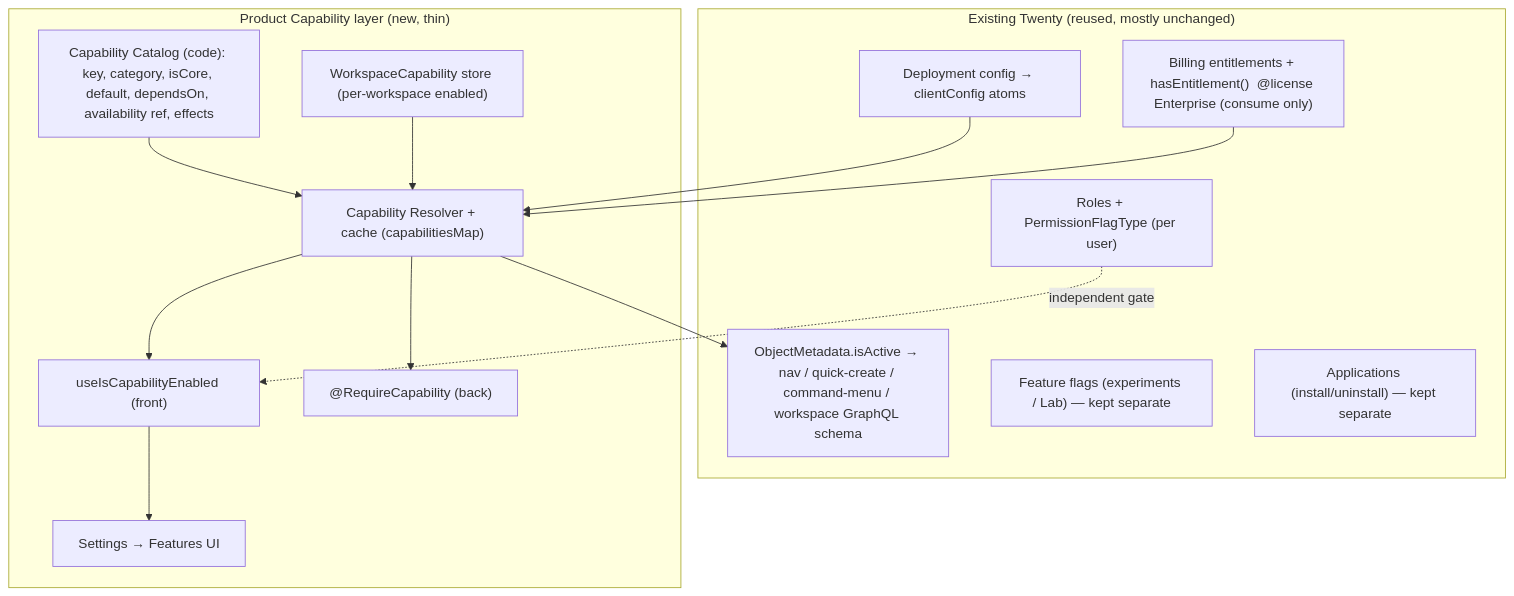
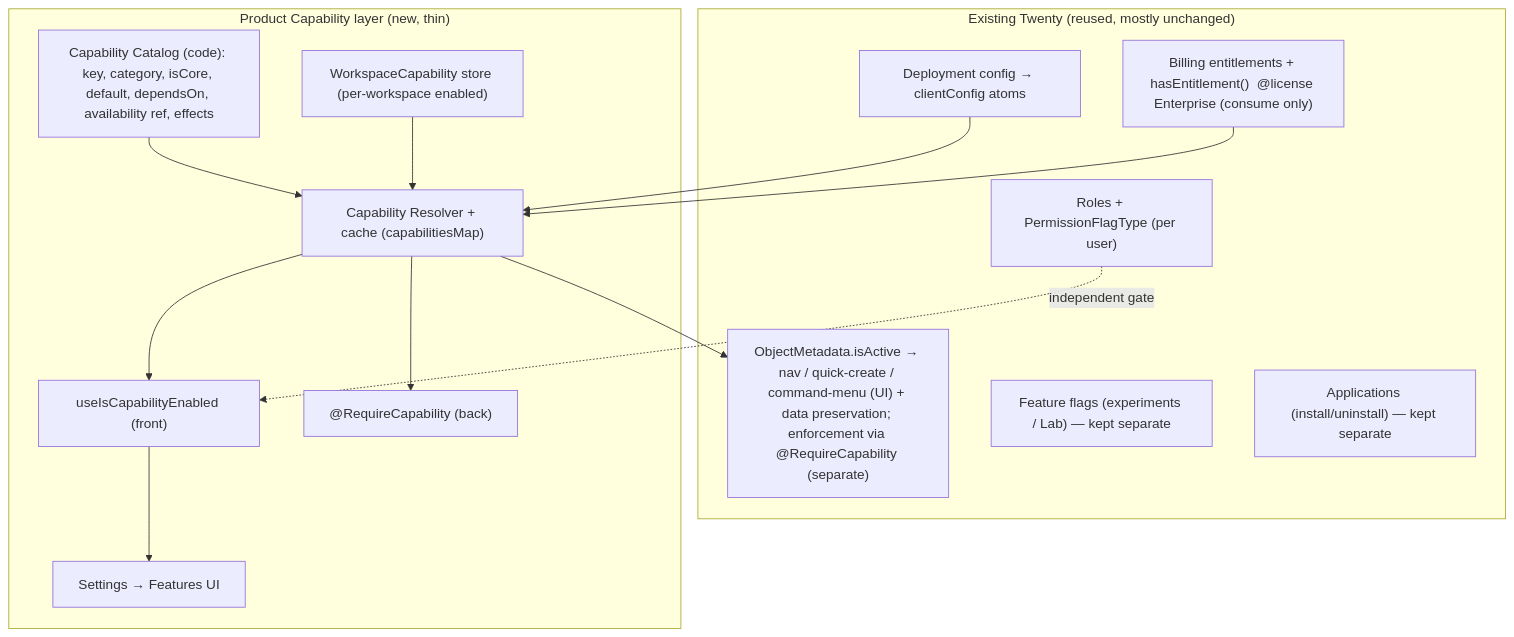
One commit to melon-1999/twenty changed the diagram in docs/modular-crm/02-ARCHITECTURE.md. Above: the diagram before and after it, drawn with Mermaid. The commit also changed other lines of this file and 8 other files, not shown here.

First line of the commit message:
docs(modular-crm): correct enforcement model after isActive go/no-go

````diff
--- a/docs/modular-crm/02-ARCHITECTURE.md
+++ b/docs/modular-crm/02-ARCHITECTURE.md
@@ -9,30 +9,30 @@
 ```mermaid
 flowchart TB
   subgraph Existing["Existing Twenty (reused, mostly unchanged)"]
     BILL["Billing entitlements + hasEntitlement()  @license Enterprise (consume only)"]
     CFG["Deployment config → clientConfig atoms"]
-    OBJ["ObjectMetadata.isActive → nav / quick-create / command-menu / workspace GraphQL schema"]
+    OBJ["ObjectMetadata.isActive → nav / quick-create / command-menu (UI) + data preservation; enforcement via @RequireCapability (separate)"]
     PERM["Roles + PermissionFlagType (per user)"]
     FF["Feature flags (experiments / Lab) — kept separate"]
     APP["Applications (install/uninstall) — kept separate"]
   end
 
   subgraph New["Product Capability layer (new, thin)"]
     CAT["Capability Catalog (code): key, category, isCore, default, dependsOn, availability ref, effects"]
     STORE["WorkspaceCapability store (per-workspace enabled)"]
     RES["Capability Resolver + cache (capabilitiesMap)"]
     HOOK["useIsCapabilityEnabled (front)"]
     GUARD["@RequireCapability (back)"]
     UI["Settings → Features UI"]
   end
 
   CFG --> RES
   BILL --> RES
   CAT --> RES
   STORE --> RES
   RES --> OBJ
   RES --> GUARD
   RES --> HOOK
   HOOK --> UI
   PERM -. independent gate .-> HOOK
 ```
````
